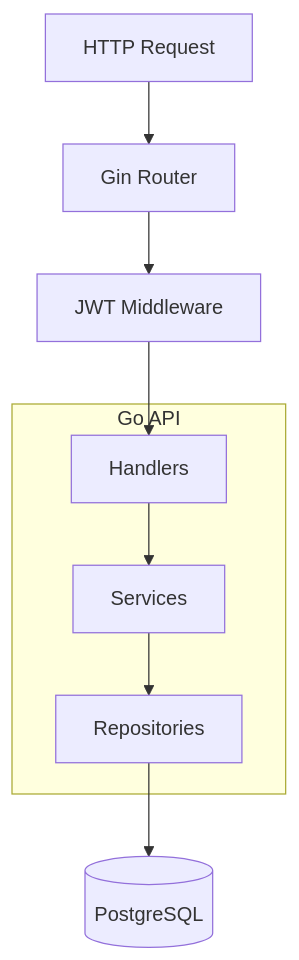
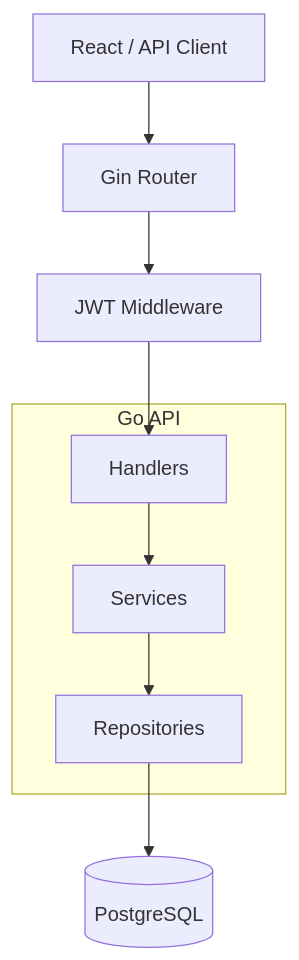
Before and after one commit to thetramp22/rifflog: the first of 2 diagrams in README.md, drawn with Mermaid. The commit also changed other lines of this file and 1 other file, not shown here.

Commit message:
Update README.md and docs/api.md

````diff
--- a/README.md
+++ b/README.md
@@ -55,22 +76,21 @@
 ```mermaid
 flowchart TD
+    Client["React / API Client"]
+    Router["Gin Router"]
+    Middleware["JWT Middleware"]
 
-Request["HTTP Request"]
-Router["Gin Router"]
-Middleware["JWT Middleware"]
+    subgraph Backend["Go API"]
+        Handlers["Handlers"]
+        Services["Services"]
+        Repositories["Repositories"]
+    end
 
-subgraph Backend["Go API"]
-    Handlers["Handlers"]
-    Services["Services"]
-    Repositories["Repositories"]
-end
+    Database[("PostgreSQL")]
 
-Database[("PostgreSQL")]
-
-Request --> Router
-Router --> Middleware
-Middleware --> Handlers
-Handlers --> Services
-Services --> Repositories
-Repositories --> Database
+    Client --> Router
+    Router --> Middleware
+    Middleware --> Handlers
+    Handlers --> Services
+    Services --> Repositories
+    Repositories --> Database
 ```
````
